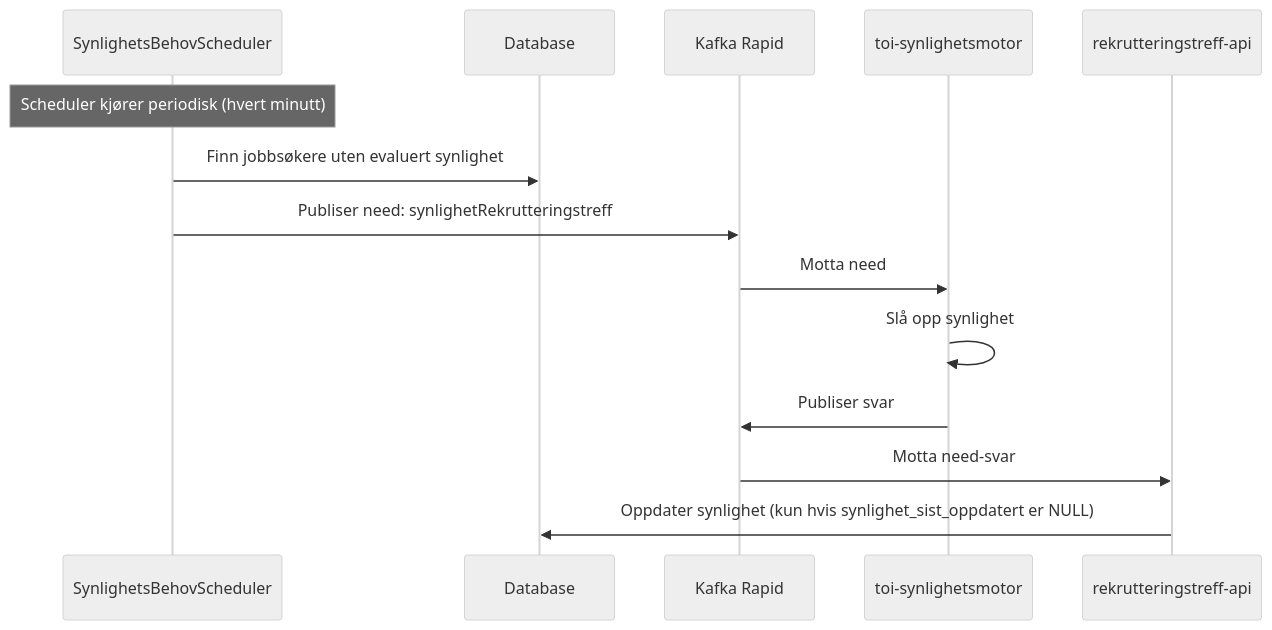
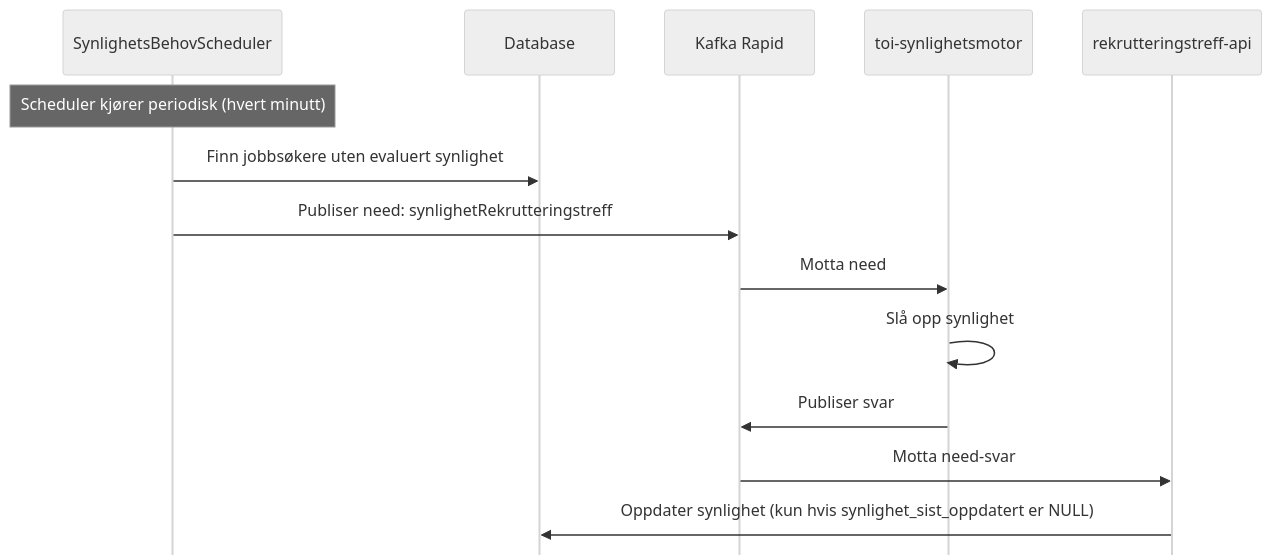
One commit to navikt/rekrutteringstreff-backend changed the third of 5 diagrams in docs/3-sikkerhet/synlighet.md. Above: the diagram before and after it, drawn with Mermaid (neutral theme). The commit also changed other lines of this file, not shown here.

Commit message:
Oppdatert synlighetsdiaram

````diff
--- a/docs/3-sikkerhet/synlighet.md
+++ b/docs/3-sikkerhet/synlighet.md
@@ -73,19 +74,20 @@
 ```mermaid
 sequenceDiagram
+    %%{init: {'sequence': {'mirrorActors': false}}}%%
     participant Sched as SynlighetsBehovScheduler
     participant DB as Database
     participant Kafka as Kafka Rapid
     participant SM as toi-synlighetsmotor
     participant API as rekrutteringstreff-api
 
     Note over Sched: Scheduler kjører periodisk (hvert minutt)
     Sched->>DB: Finn jobbsøkere uten evaluert synlighet
     Sched->>Kafka: Publiser need: synlighetRekrutteringstreff
 
     Kafka->>SM: Motta need
     SM->>SM: Slå opp synlighet
     SM->>Kafka: Publiser svar
 
     Kafka->>API: Motta need-svar
     API->>DB: Oppdater synlighet (kun hvis synlighet_sist_oppdatert er NULL)
 ```
````
